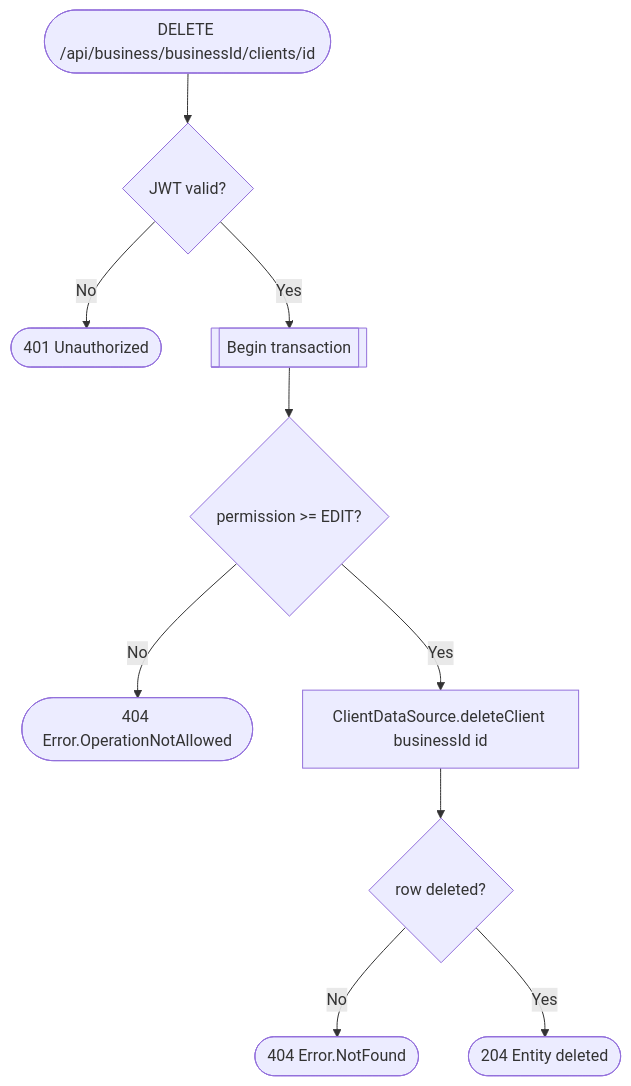
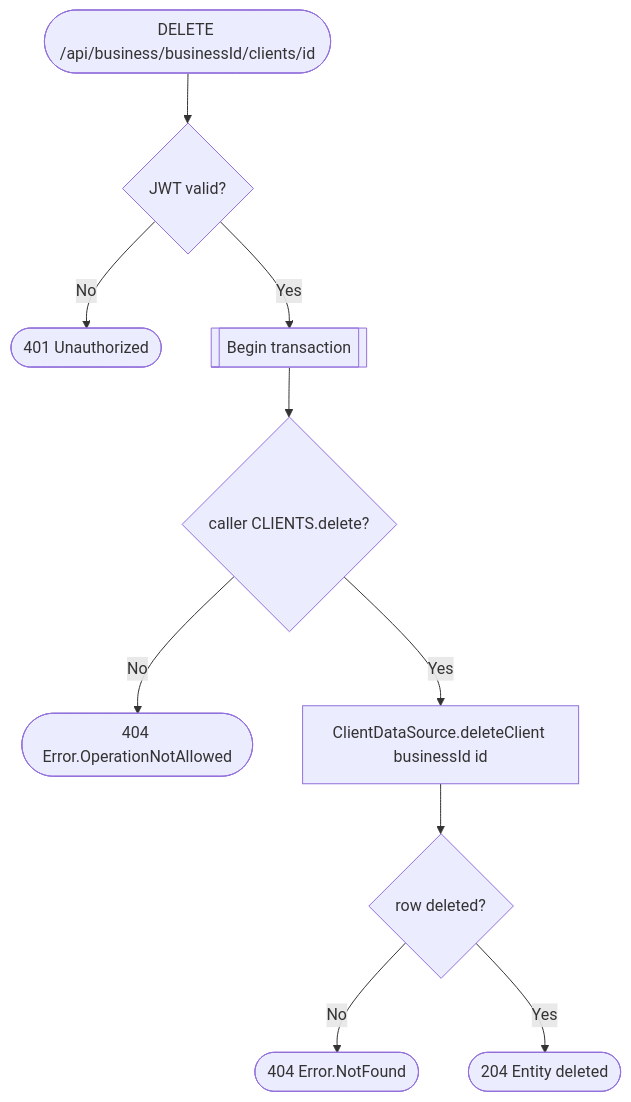
Before and after one commit to an22/bookk.me-backend: the diagram in docs/operations/business/delete-client.md, drawn with Mermaid. The commit also changed 157 other files, not shown here.

````diff
--- a/docs/operations/business/delete-client.md
+++ b/docs/operations/business/delete-client.md
@@ -5,12 +5,12 @@
 ```mermaid
 flowchart TD
     Start([DELETE /api/business/businessId/clients/id]) --> Auth{JWT valid?}
     Auth -- No --> R401([401 Unauthorized])
     Auth -- Yes --> Tx[[Begin transaction]]
-    Tx --> Perm{permission >= EDIT?}
+    Tx --> Perm{caller CLIENTS.delete?}
     Perm -- No --> R404a([404 Error.OperationNotAllowed])
     Perm -- Yes --> Delete[ClientDataSource.deleteClient businessId id]
     Delete --> Found{row deleted?}
     Found -- No --> R404b([404 Error.NotFound])
     Found -- Yes --> R204([204 Entity deleted])
 ```
````
